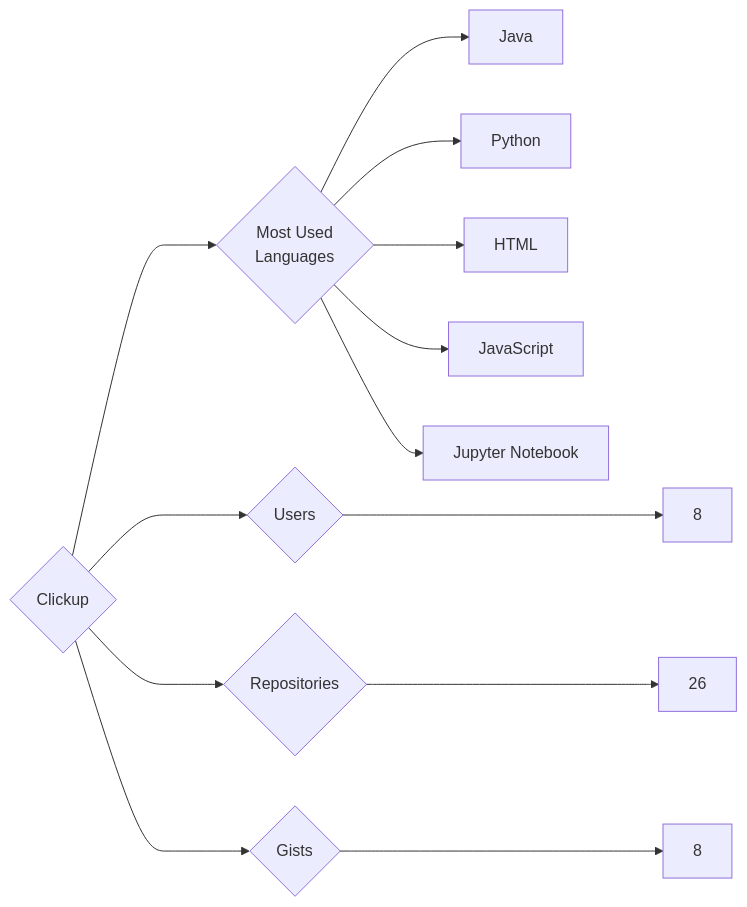
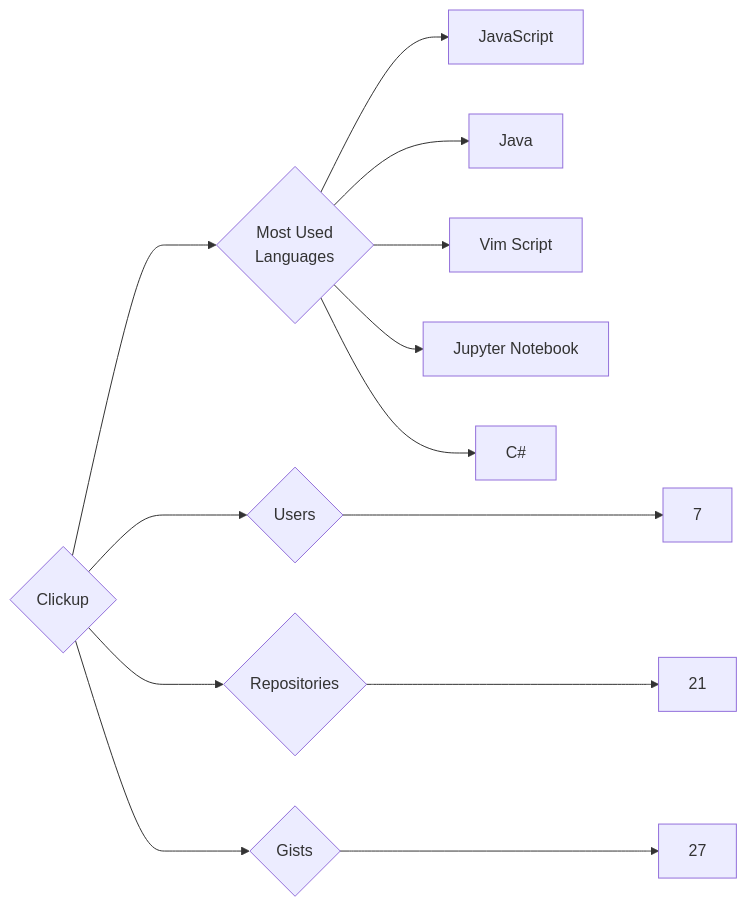
Before and after one commit to trickest/insiders: the diagram in targets/Clickup/README.md, drawn with Mermaid. The commit also changed 1170 other files, not shown here.

````diff
--- a/targets/Clickup/README.md
+++ b/targets/Clickup/README.md
@@ -3,13 +3,13 @@
 ```mermaid
 graph LR
 COMPANY_NAME{Clickup}
-COMPANY_NAME ---> U{Users} ---> UN[8]
-COMPANY_NAME ---> R{Repositories} ---> RN[26]
-COMPANY_NAME ---> G{Gists} ---> GN[8]
+COMPANY_NAME ---> U{Users} ---> UN[7]
+COMPANY_NAME ---> R{Repositories} ---> RN[21]
+COMPANY_NAME ---> G{Gists} ---> GN[27]
 COMPANY_NAME ---> ML{Most Used<br>Languages}
+ML --> JavaScript[JavaScript]
 ML --> Java[Java]
-ML --> Python[Python]
-ML --> HTML[HTML]
-ML --> JavaScript[JavaScript]
+ML --> Vim_Script[Vim Script]
 ML --> Jupyter_Notebook[Jupyter Notebook]
+ML --> C#[C#]
 ```
````
